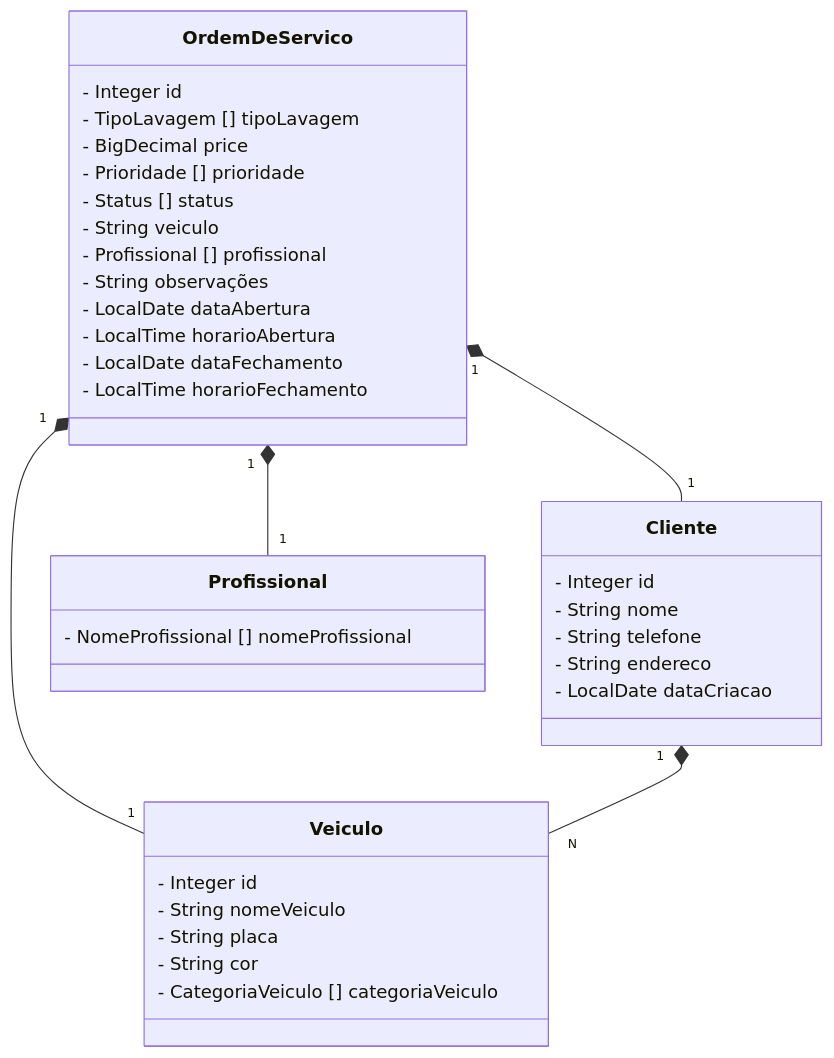
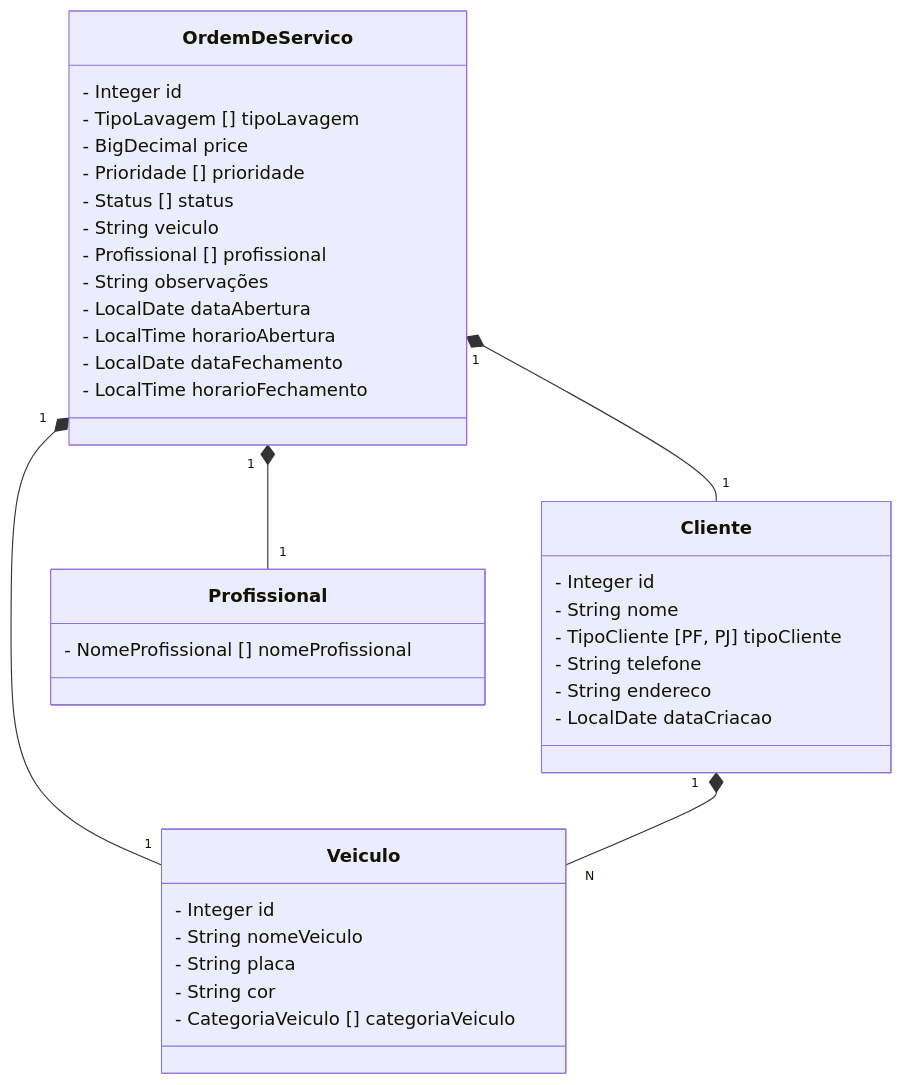
Before and after one commit to JulioCesar93/Car-Wash-API: the diagram in README.md, drawn with Mermaid.

````diff
--- a/README.md
+++ b/README.md
@@ -12,44 +12,45 @@
 ```mermaid
 classDiagram
   class OrdemDeServico {
     - Integer id
     - TipoLavagem [] tipoLavagem
     - BigDecimal price
     - Prioridade [] prioridade
     - Status [] status
     - String veiculo
     - Profissional [] profissional
     - String observações
     - LocalDate dataAbertura
     - LocalTime horarioAbertura
     - LocalDate dataFechamento
     - LocalTime horarioFechamento
 
   }
 
   class Veiculo {
     - Integer id
     - String nomeVeiculo
     - String placa
     - String cor
     - CategoriaVeiculo [] categoriaVeiculo
   }
 
 class Cliente {
     - Integer id
     - String nome
+    - TipoCliente [PF, PJ] tipoCliente
     - String telefone
     - String endereco
     - LocalDate dataCriacao
 }
 
   class Profissional {
     - NomeProfissional [] nomeProfissional
   }
 
   OrdemDeServico "1" *-- "1" Veiculo
   OrdemDeServico "1" *-- "1" Cliente
   OrdemDeServico "1" *-- "1" Profissional
   Cliente "1" *-- "N" Veiculo
   
 ```
````
